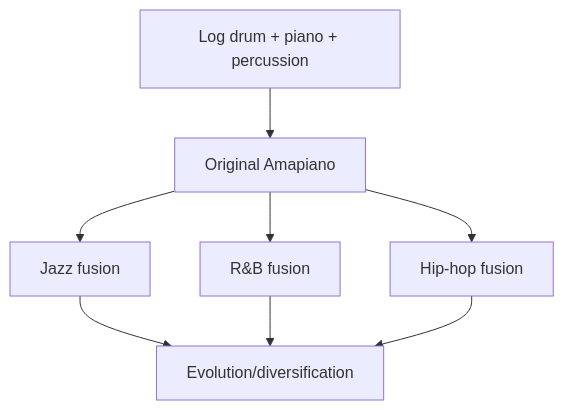
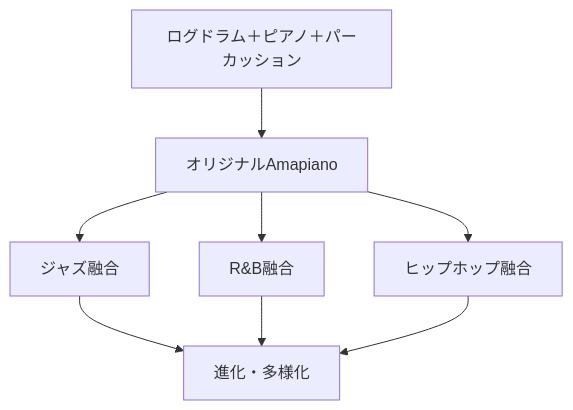
Before and after one commit to monumental-movement/monumental-movement.github.io: the sixth of 8 diagrams in en/_posts/2025-11-30-column-south-african-amapiano.md, drawn with Mermaid. The commit also changed other lines of this file and 2196 other files, not shown here.

```diff
--- a/en/_posts/2025-11-30-column-south-african-amapiano.md
+++ b/en/_posts/2025-11-30-column-south-african-amapiano.md
@@ -260,10 +260,10 @@
 <div class="mermaid">
 graph TD
-    A["Log drum + piano + percussion"] --> B["Original Amapiano"]
-    B --> C["Jazz fusion"]
-    B --> D["R&B fusion"]
-    B --> E["Hip-hop fusion"]
-    C --> F["Evolution/diversification"]
+    A["ログドラム＋ピアノ＋パーカッション"] --> B["オリジナルAmapiano"]
+    B --> C["ジャズ融合"]
+    B --> D["R&B融合"]
+    B --> E["ヒップホップ融合"]
+    C --> F["進化・多様化"]
     D --> F
     E --> F
 </div>
```
